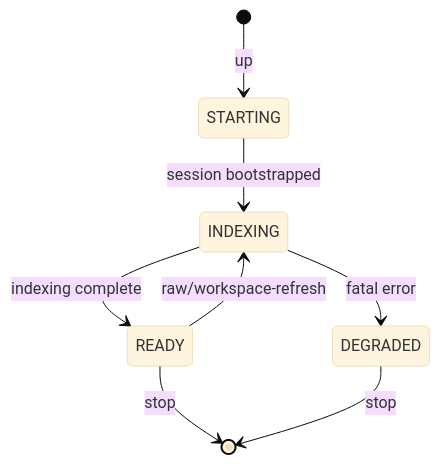
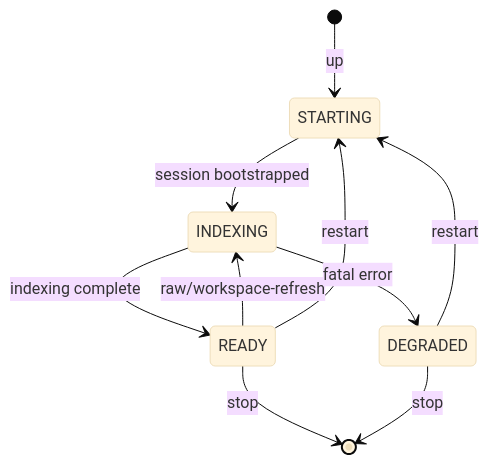
Before and after one commit to amichne/kast: the first of 2 diagrams in docs/what-can-kast-do/manage-workspaces.md, drawn with Mermaid (base theme). The commit also changed other lines of this file and 48 other files, not shown here.

````diff
--- a/docs/what-can-kast-do/manage-workspaces.md
+++ b/docs/what-can-kast-do/manage-workspaces.md
@@ -20,10 +20,12 @@
 ```mermaid
 stateDiagram-v2
     [*] --> STARTING: up
     STARTING --> INDEXING: session bootstrapped
     INDEXING --> READY: indexing complete
     READY --> INDEXING: raw/workspace-refresh
+    READY --> STARTING: restart
     READY --> [*]: stop
     INDEXING --> DEGRADED: fatal error
+    DEGRADED --> STARTING: restart
     DEGRADED --> [*]: stop
 ```
````
